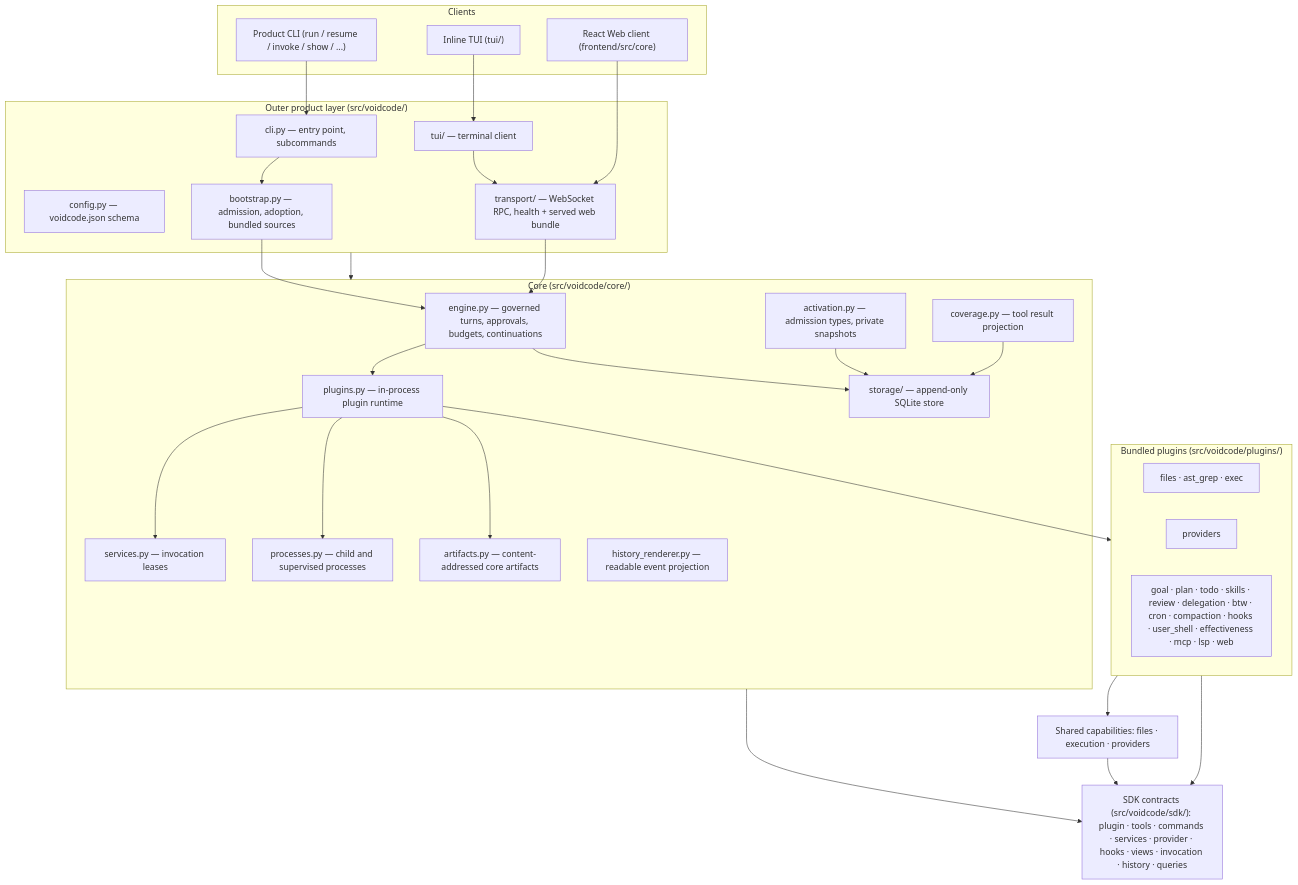
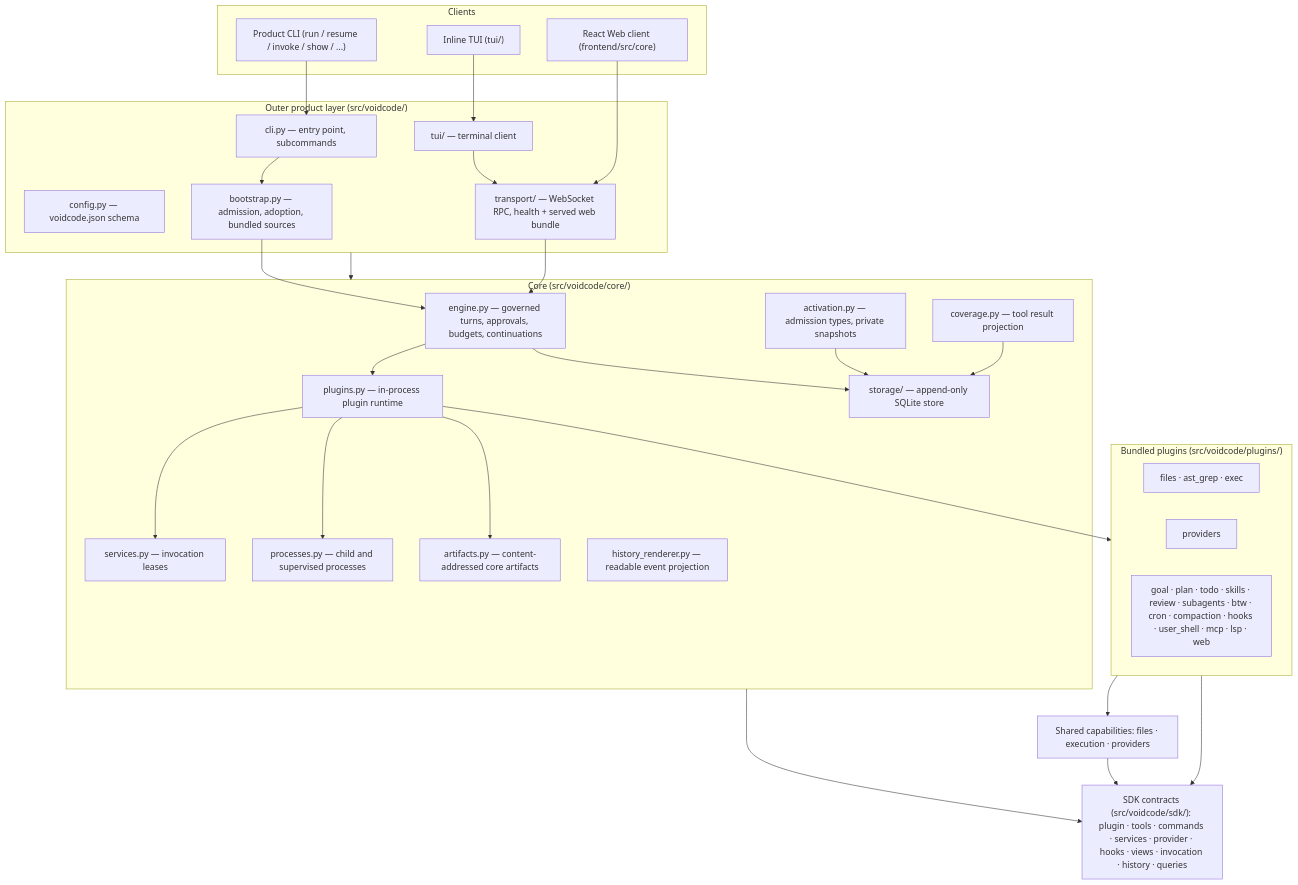
The diagram in docs/architecture.md (lei-jia-xing/voidcode), drawn with Mermaid before and after one commit. The commit also changed other lines of this file and 91 other files, not shown here.

Commit message:
feat(subagents)!: rename delegation to subagents, remove tools field, and drop top-level agent selection

````diff
--- a/docs/architecture.md
+++ b/docs/architecture.md
@@ -24,57 +24,57 @@
 ```mermaid
 graph TD
     subgraph Clients["Clients"]
         CLI["Product CLI (run / resume / invoke / show / ...)"]
         TUI["Inline TUI (tui/)"]
         Web["React Web client (frontend/src/core)"]
     end
 
     subgraph Outer["Outer product layer (src/voidcode/)"]
         CLIImpl["cli.py — entry point, subcommands"]
         Config["config.py — voidcode.json schema"]
         Bootstrap["bootstrap.py — admission, adoption, bundled sources"]
         Transport["transport/ — WebSocket RPC, health + served web bundle"]
         TUIImpl["tui/ — terminal client"]
     end
 
     subgraph Core["Core (src/voidcode/core/)"]
         Engine["engine.py — governed turns, approvals, budgets, continuations"]
         Activation["activation.py — admission types, private snapshots"]
         Runtime["plugins.py — in-process plugin runtime"]
         Services["services.py — invocation leases"]
         Processes["processes.py — child and supervised processes"]
         Storage["storage/ — append-only SQLite store"]
         Artifacts["artifacts.py — content-addressed core artifacts"]
         Coverage["coverage.py — tool result projection"]
         Renderer["history_renderer.py — readable event projection"]
     end
 
     subgraph Plugins["Bundled plugins (src/voidcode/plugins/)"]
         Files["files · ast_grep · exec"]
         Model["providers"]
-        Product["goal · plan · todo · skills · review · delegation · btw · cron · compaction · hooks · user_shell · effectiveness · mcp · lsp · web"]
+        Product["goal · plan · todo · skills · review · subagents · btw · cron · compaction · hooks · user_shell · mcp · lsp · web"]
     end
 
     SDK["SDK contracts (src/voidcode/sdk/): plugin · tools · commands · services · provider · hooks · views · invocation · history · queries"]
 
     CLI --> CLIImpl
     TUI --> TUIImpl
     Web --> Transport
     TUIImpl --> Transport
     CLIImpl --> Bootstrap
     Bootstrap --> Engine
     Transport --> Engine
     Engine --> Runtime
     Engine --> Storage
     Activation --> Storage
     Coverage --> Storage
     Runtime --> Services
     Runtime --> Processes
     Runtime --> Artifacts
     Runtime --> Plugins
     Plugins --> Capabilities["Shared capabilities: files · execution · providers"]
     Capabilities --> SDK
     Core --> SDK
     Plugins --> SDK
     Outer --> Core
 ```
````
